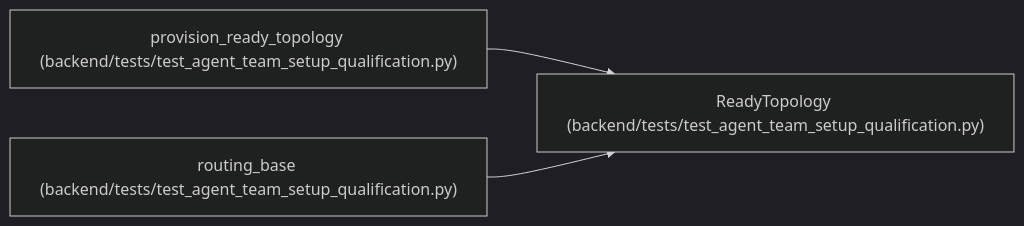
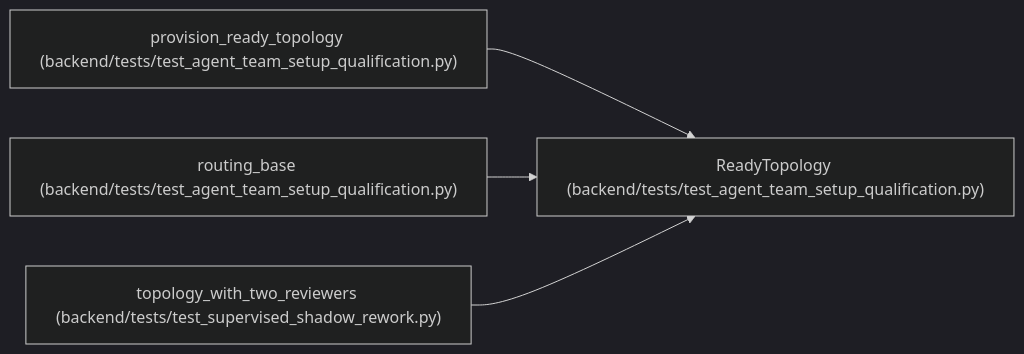
The diagram in docs/llm_wiki/entities/ReadyTopology.md (Denissvgn/WorkChord), drawn with Mermaid (dark theme) before and after one commit. The commit also changed other lines of this file and 563 other files, not shown here.

Commit message:
Document supervised rework and verified reviewer selection

````diff
--- a/docs/llm_wiki/entities/ReadyTopology.md
+++ b/docs/llm_wiki/entities/ReadyTopology.md
@@ -30,11 +30,14 @@
 ```mermaid
 flowchart LR
     n0["ReadyTopology (backend/tests/test_agent_team_setup_qualification.py)"]
     n1["provision_ready_topology (backend/tests/test_agent_team_setup_qualification.py)"]
     n2["routing_base (backend/tests/test_agent_team_setup_qualification.py)"]
+    n3["topology_with_two_reviewers (backend/tests/test_supervised_shadow_rework.py)"]
     n1 --> n0
     n2 --> n0
+    n3 --> n0
     click n0 "../modules/test_agent_team_setup_qualification.md"
     click n1 "../modules/test_agent_team_setup_qualification.md"
     click n2 "../modules/test_agent_team_setup_qualification.md"
+    click n3 "../modules/test_supervised_shadow_rework.md"
 ```
````
